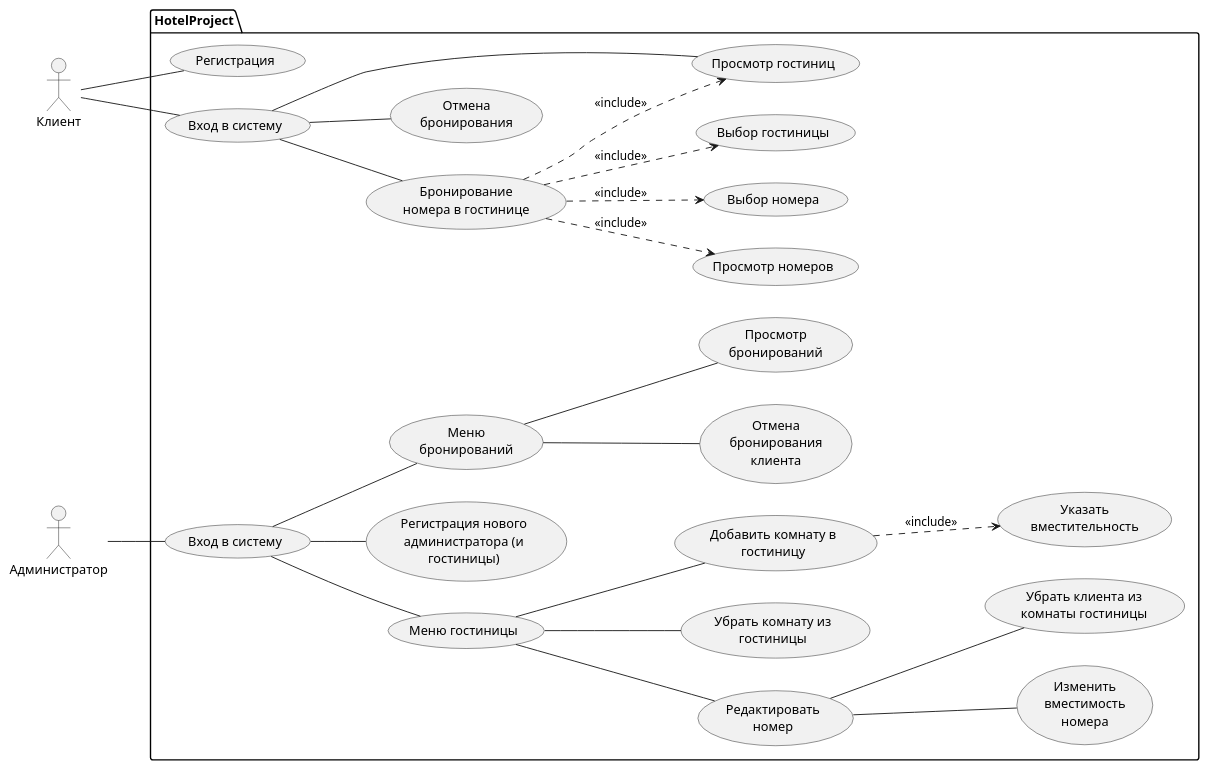
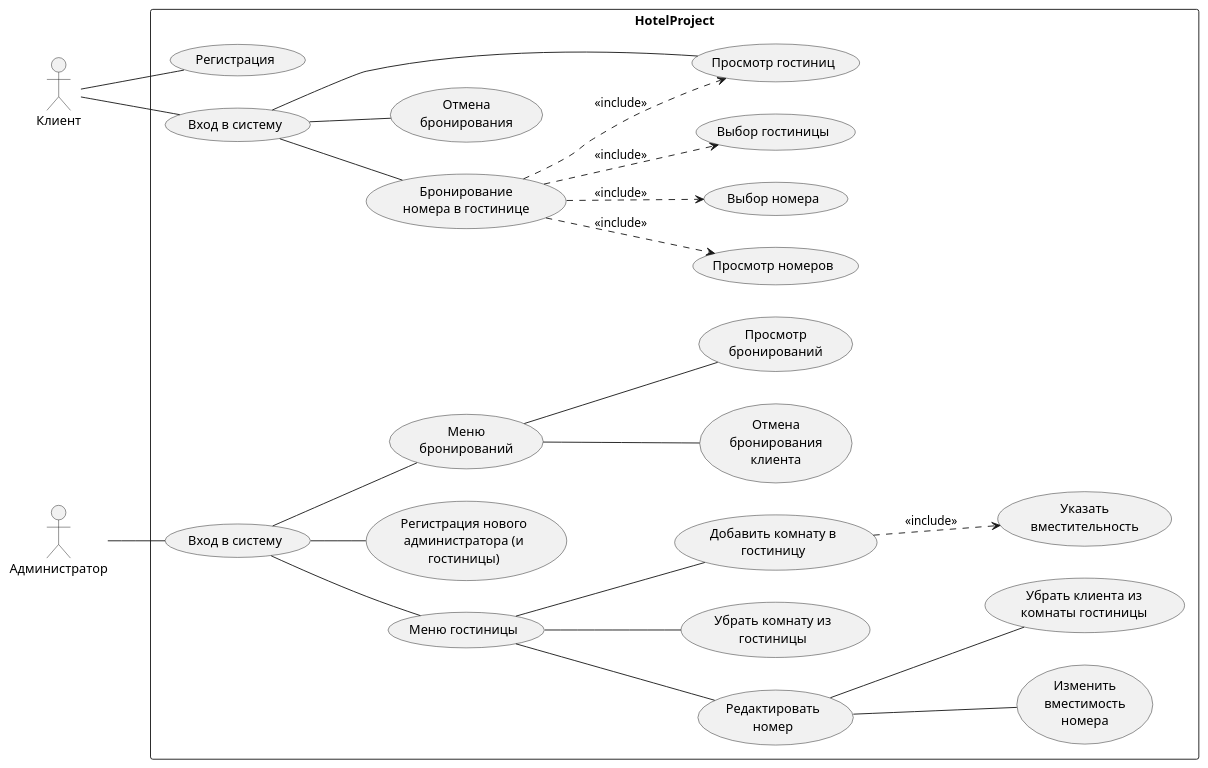
The diagram in docs/usecase.plantuml (Kirill-Rossohin/HotelProject), drawn with PlantUML before and after one commit. The commit also changed 2 other files, not shown here.

```diff
--- a/docs/usecase.plantuml
+++ b/docs/usecase.plantuml
@@ -1,63 +1,63 @@
-@startuml
+@startuml HotelProject Use Case
 left to right direction
 
 actor "Клиент" as Client
 actor "Администратор" as Admin
 
-package HotelProject {
+rectangle "HotelProject" {
     usecase "Регистрация" as Register
     usecase "Вход в систему" as LoginClient
     usecase "Бронирование\nномера в гостинице" as Booking
     usecase "Отмена\nбронирования" as CancelBooking
     
     usecase "Просмотр гостиниц" as ViewHotels
     usecase "Выбор гостиницы" as SelectHotel
     usecase "Просмотр номеров" as ViewRooms
     usecase "Выбор номера" as SelectRoom
 
     usecase "Вход в систему" as LoginAdmin
     usecase "Меню гостиницы" as HotelMenu
     usecase "Регистрация нового\nадминистратора (и\nгостиницы)" as RegisterAdmin
     usecase "Меню\nбронирований" as BookingMenu
 
     usecase "Добавить комнату в\nгостиницу" as AddRoom
     usecase "Указать\nвместительность" as SetCapacity
     usecase "Редактировать\nномер" as EditRoom
     usecase "Изменить\nвместимость\nномера" as ChangeCapacity
     usecase "Убрать комнату из\nгостиницы" as RemoveRoom
     usecase "Убрать клиента из\nкомнаты гостиницы" as RemoveClient
 
     usecase "Отмена\nбронирования\nклиента" as CancelClientBooking
     usecase "Просмотр\nбронирований" as ViewBookings
 }
 
 Client -- Register
 Client -- LoginClient
 
 LoginClient -- Booking
 LoginClient -- CancelBooking
 LoginClient -- ViewHotels
 
 Booking ..> ViewHotels : <<include>>
 Booking ..> SelectHotel : <<include>>
 Booking ..> ViewRooms : <<include>>
 Booking ..> SelectRoom : <<include>>
 
 Admin -- LoginAdmin
 
 LoginAdmin -- HotelMenu
 LoginAdmin -- RegisterAdmin
 LoginAdmin -- BookingMenu
 
 HotelMenu -- AddRoom
 HotelMenu -- EditRoom
 HotelMenu -- RemoveRoom
 
 AddRoom ..> SetCapacity : <<include>>
 EditRoom -- ChangeCapacity
 EditRoom -- RemoveClient
 
 BookingMenu -- CancelClientBooking
 BookingMenu -- ViewBookings
 
 @enduml
```
